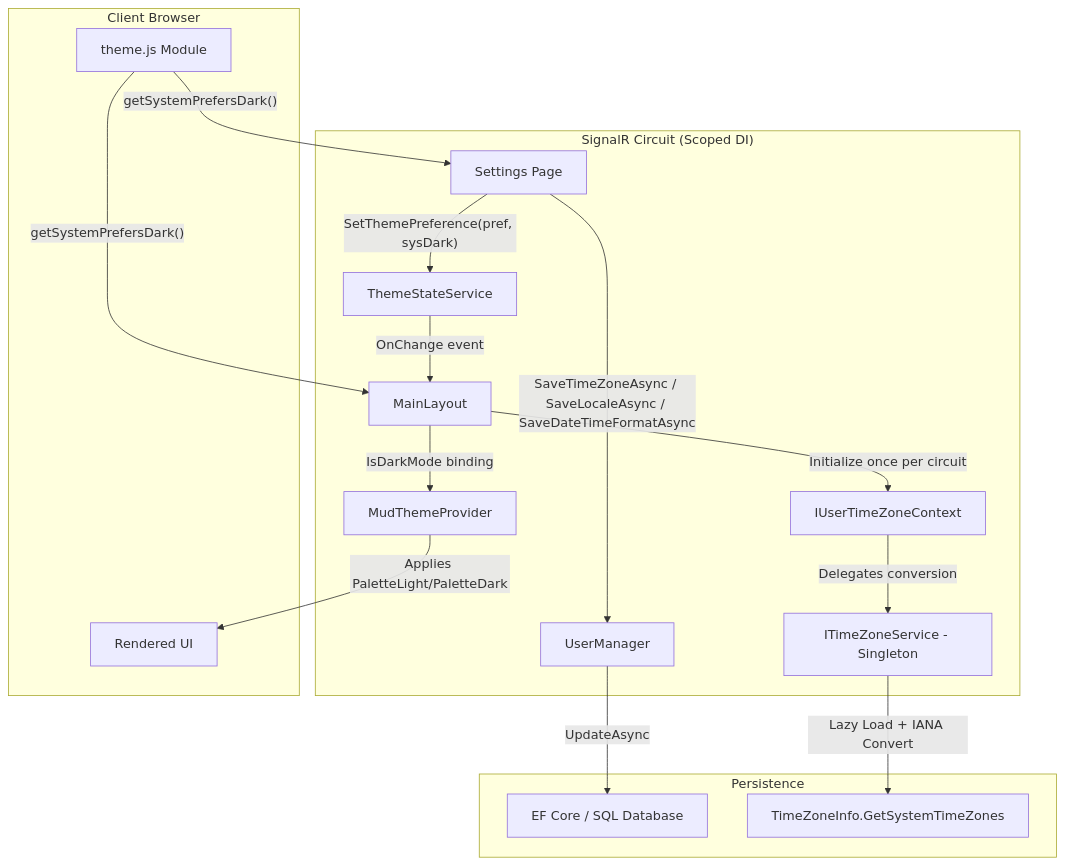
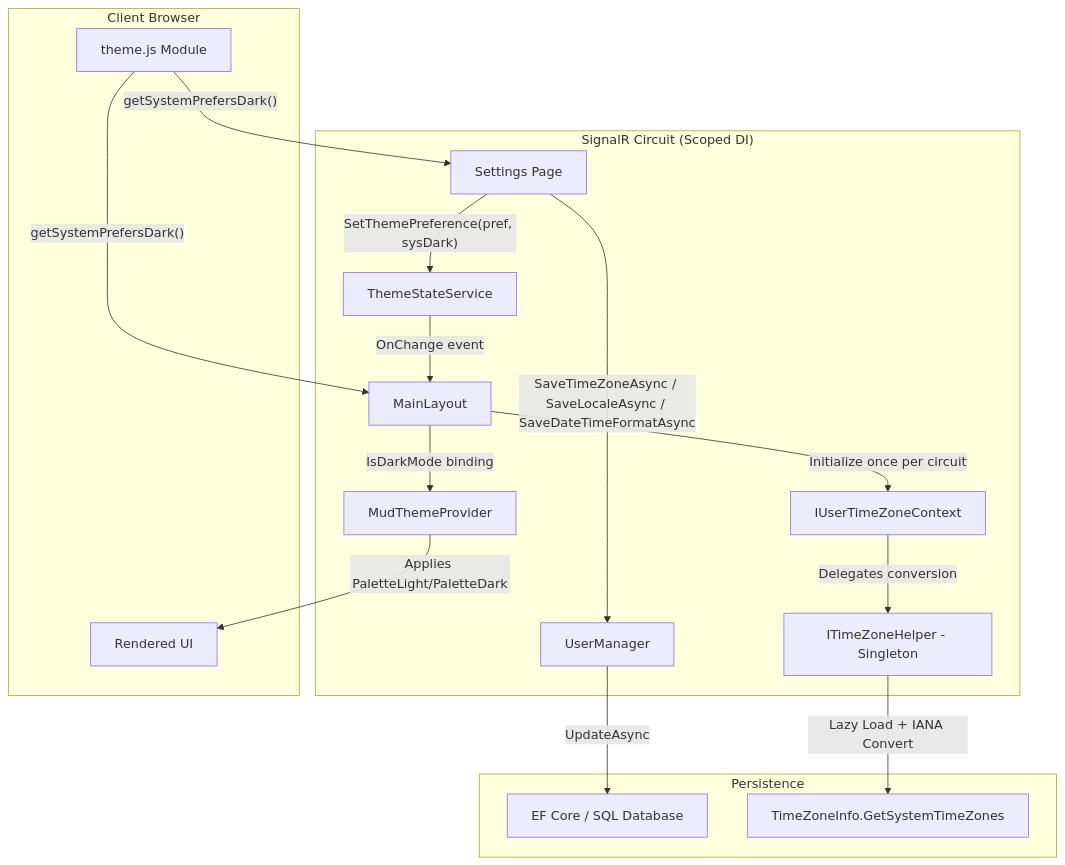
One commit to KGYeow/AspireWebAppTemplate changed the diagram in docs/features/settings-page/design.md. Above: the diagram before and after it, drawn with Mermaid. The commit also changed other lines of this file and 41 other files, not shown here.

````diff
--- a/docs/features/settings-page/design.md
+++ b/docs/features/settings-page/design.md
@@ -17,22 +17,22 @@
 ```mermaid
 graph TD
     subgraph "SignalR Circuit (Scoped DI)"
         SP[Settings Page] -->|"SetThemePreference(pref, sysDark)"| TSS[ThemeStateService]
         SP -->|"SaveTimeZoneAsync / SaveLocaleAsync / SaveDateTimeFormatAsync"| UM[UserManager]
         TSS -->|"OnChange event"| ML[MainLayout]
         ML -->|"IsDarkMode binding"| MTP[MudThemeProvider]
         ML -->|"Initialize once per circuit"| UTC[IUserTimeZoneContext]
-        UTC -->|"Delegates conversion"| TZS[ITimeZoneService - Singleton]
+        UTC -->|"Delegates conversion"| TZS[ITimeZoneHelper - Singleton]
     end
 
     subgraph "Client Browser"
         JS[theme.js Module] -->|"getSystemPrefersDark()"| SP
         JS -->|"getSystemPrefersDark()"| ML
         MTP -->|"Applies PaletteLight/PaletteDark"| UI[Rendered UI]
     end
 
     subgraph "Persistence"
         UM -->|"UpdateAsync"| DB[EF Core / SQL Database]
         TZS -->|"Lazy Load + IANA Convert"| SYS[TimeZoneInfo.GetSystemTimeZones]
     end
 ```
````
